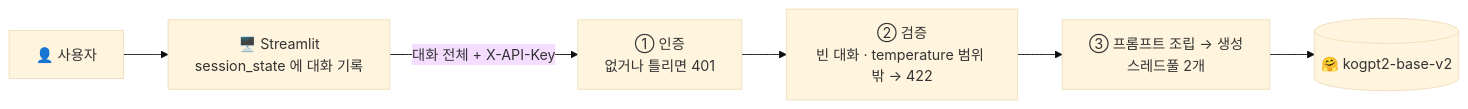
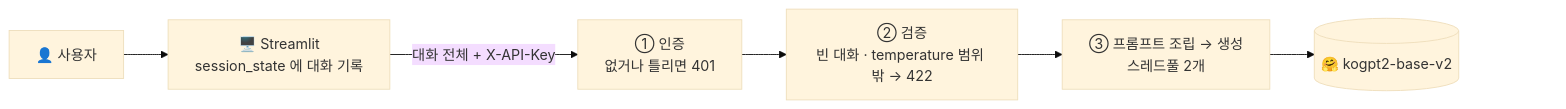
Before and after one commit to stella1298/AIFFEL_Quest_EPA: the diagram in Serving/Serving05/README.md, drawn with Mermaid (base theme). The commit also changed 3 other files, not shown here.

````diff
--- a/Serving/Serving05/README.md
+++ b/Serving/Serving05/README.md
@@ -19,8 +19,11 @@
 ```mermaid
 flowchart LR
     U["👤 사용자"] --> S["🖥️ Streamlit<br/>session_state 에 대화 기록"]
     S -->|"대화 전체 + X-API-Key"| A["① 인증<br/>없거나 틀리면 401"]
     A --> V["② 검증<br/>빈 대화 · temperature 범위 밖 → 422"]
     V --> G["③ 프롬프트 조립 → 생성<br/>스레드풀 2개"]
     G --> M[("🤗 kogpt2-base-v2")]
+    %% 오른쪽 아래 확대·이동 버튼이 그림을 가리지 않게 비워 두는 자리
+    M ~~~ pad["　　　　　　　　　"]
+    style pad fill:none,stroke:none
 ```
````
